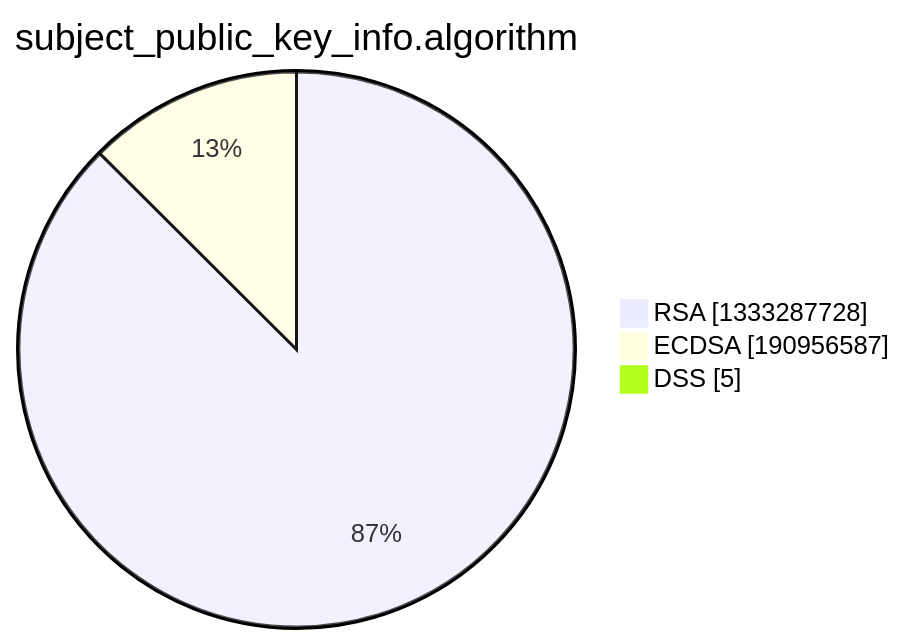
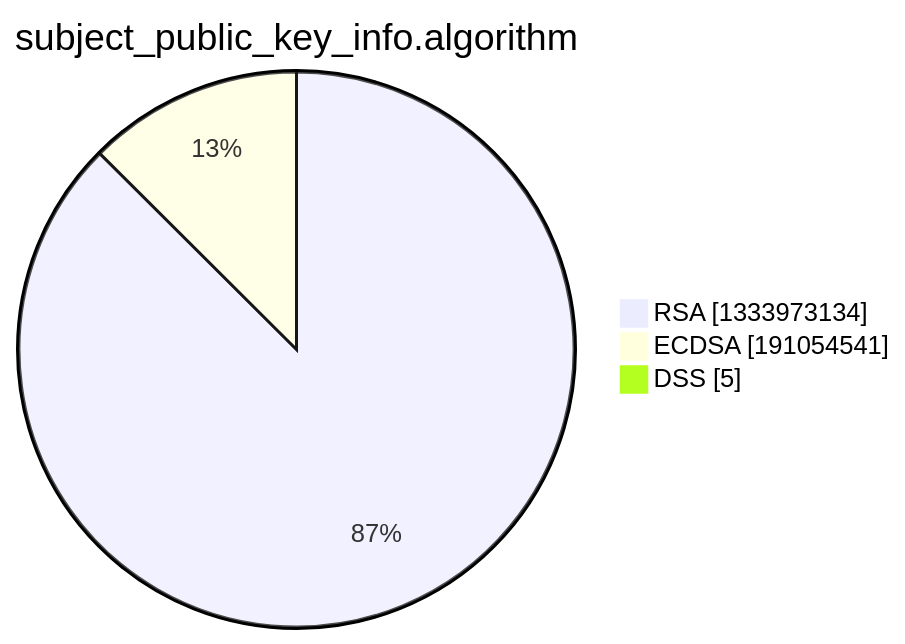
The third of 15 diagrams in xenon2022/README.md (christiankrug/ctmonitor_visualization), drawn with Mermaid before and after one commit. The commit also changed other lines of this file, not shown here.

````diff
--- a/xenon2022/README.md
+++ b/xenon2022/README.md
@@ -14,7 +14,7 @@
 ```mermaid
 pie showData
 title subject_public_key_info.algorithm
-"RSA" :1333287728
-"ECDSA" :190956587
+"RSA" :1333973134
+"ECDSA" :191054541
 "DSS" :5
 ```
````
